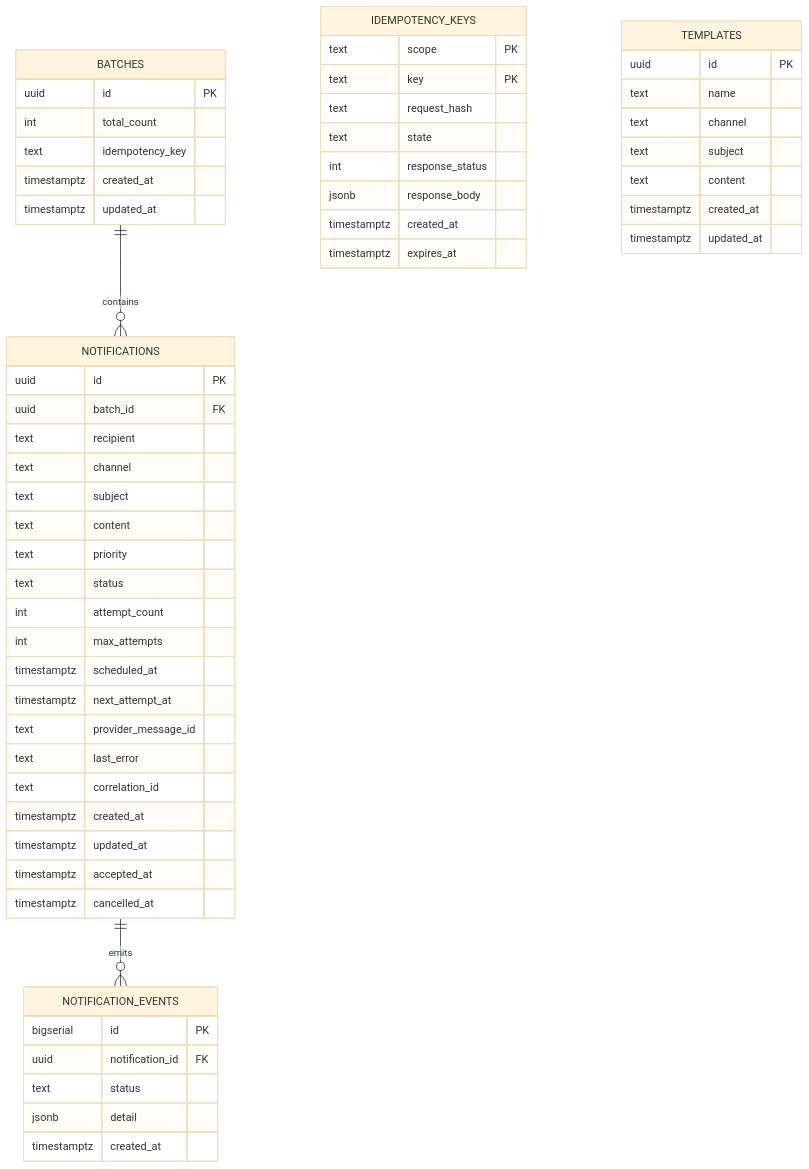
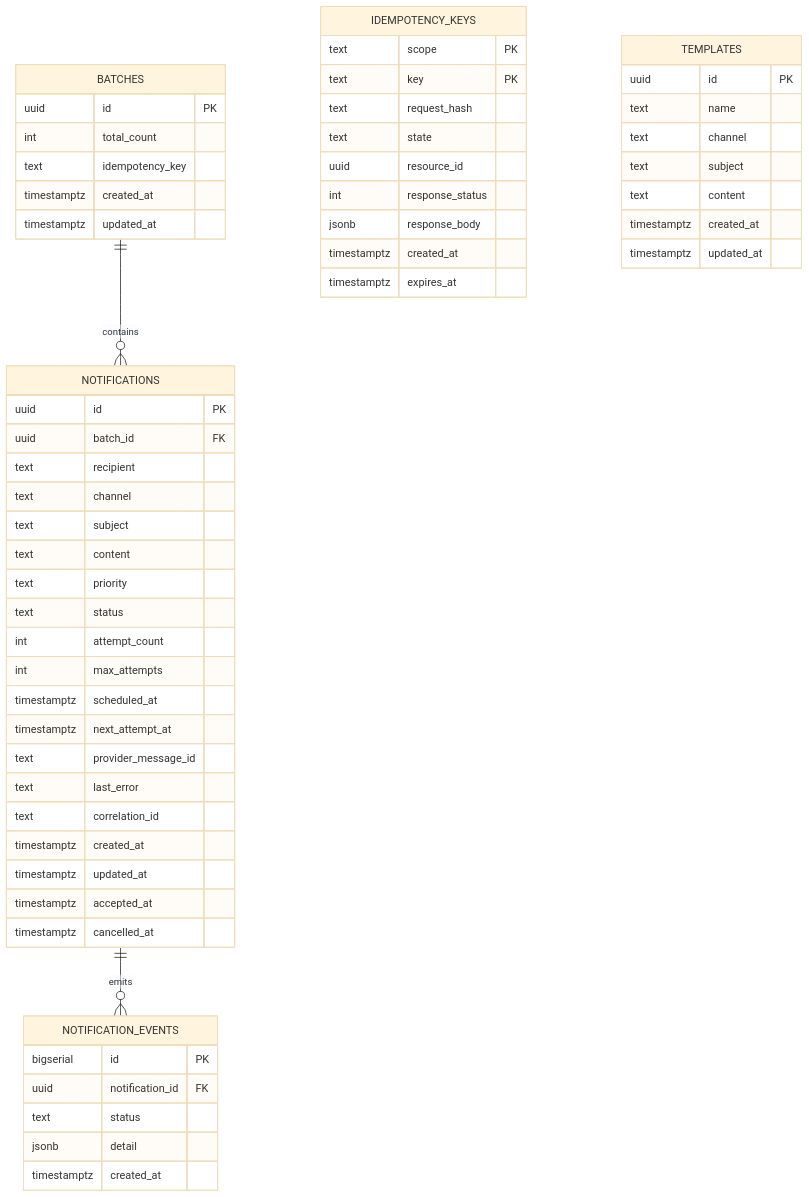
One commit to onatozmenn/insider-one-notification-system changed the first of 2 diagrams in docs/domain-model.md. Above: the diagram before and after it, drawn with Mermaid (base theme). The commit also changed 9 other files, not shown here.

````diff
--- a/docs/domain-model.md
+++ b/docs/domain-model.md
@@ -5,64 +5,65 @@
 ```mermaid
 erDiagram
     BATCHES ||--o{ NOTIFICATIONS : contains
     NOTIFICATIONS ||--o{ NOTIFICATION_EVENTS : emits
 
     BATCHES {
         uuid id PK
         int total_count
         text idempotency_key
         timestamptz created_at
         timestamptz updated_at
     }
 
     NOTIFICATIONS {
         uuid id PK
         uuid batch_id FK
         text recipient
         text channel
         text subject
         text content
         text priority
         text status
         int attempt_count
         int max_attempts
         timestamptz scheduled_at
         timestamptz next_attempt_at
         text provider_message_id
         text last_error
         text correlation_id
         timestamptz created_at
         timestamptz updated_at
         timestamptz accepted_at
         timestamptz cancelled_at
     }
 
     NOTIFICATION_EVENTS {
         bigserial id PK
         uuid notification_id FK
         text status
         jsonb detail
         timestamptz created_at
     }
 
     IDEMPOTENCY_KEYS {
         text scope PK
         text key PK
         text request_hash
         text state
+        uuid resource_id
         int response_status
         jsonb response_body
         timestamptz created_at
         timestamptz expires_at
     }
 
     TEMPLATES {
         uuid id PK
         text name
         text channel
         text subject
         text content
         timestamptz created_at
         timestamptz updated_at
     }
 ```
````
